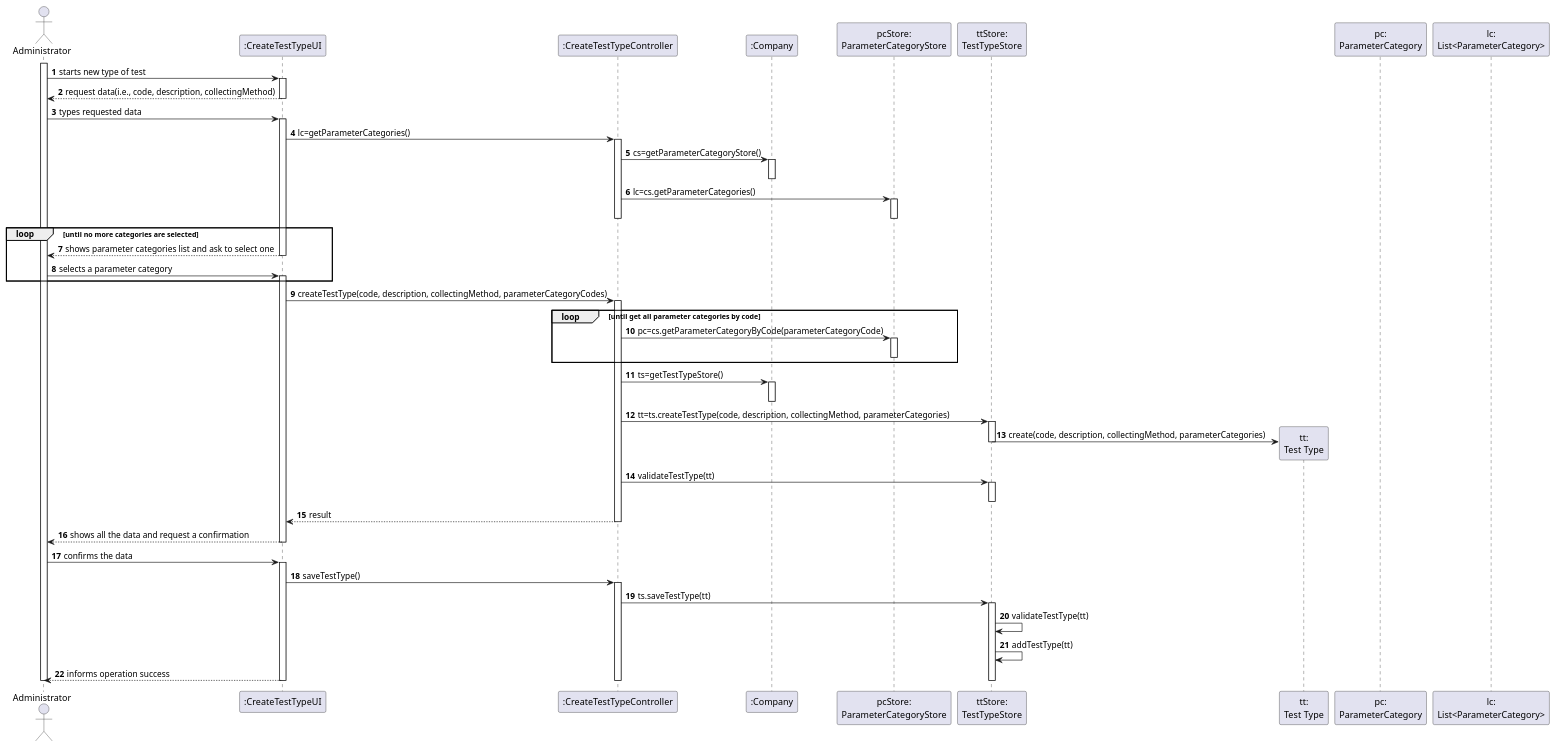
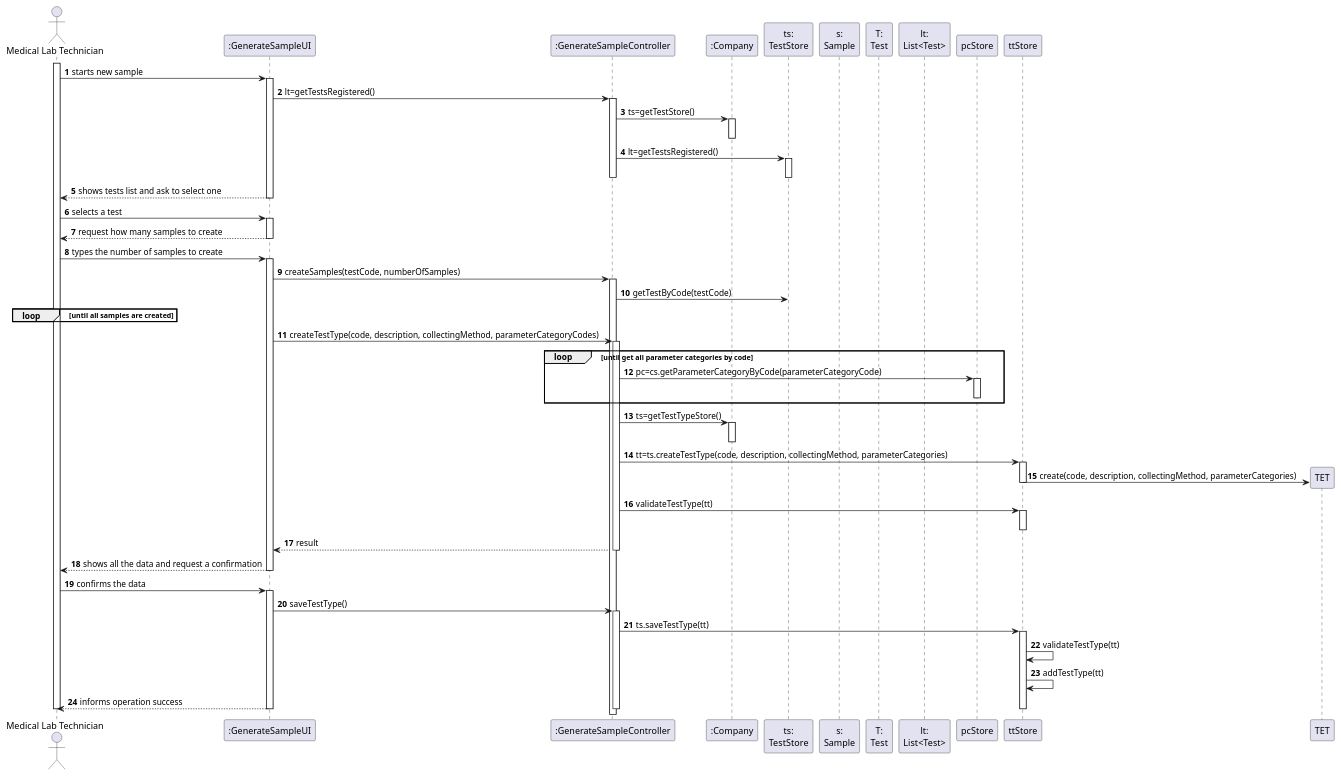
One commit to RuiRioPina/LAPR2-20-21 changed the diagram in docs/SprintC/US_5/UC5_SD.puml. Above: the diagram before and after it, drawn with PlantUML. The commit also changed 9 other files, not shown here.

```diff
--- a/docs/SprintC/US_5/UC5_SD.puml
+++ b/docs/SprintC/US_5/UC5_SD.puml
@@ -1,75 +1,78 @@
 @startuml
 autonumber
-actor "Administrator" as ADMIN
+actor "Medical Lab Technician" as MEDLT
 
-participant ":CreateTestTypeUI" as UI
-participant ":CreateTestTypeController" as CTRL
+participant ":GenerateSampleUI" as UI
+participant ":GenerateSampleController" as CTRL
 participant ":Company" as CMP
-participant "pcStore:\nParameterCategoryStore" as pcStore
-participant "ttStore:\nTestTypeStore" as ttStore
-participant "tt:\nTest Type" as TET
-participant "pc:\nParameterCategory" as pc
-participant "lc:\nList<ParameterCategory>" as lc
+participant "ts:\nTestStore" as TS
+participant "s:\nSample" as S
+participant "T:\nTest" as T
+participant "lt:\nList<Test>" as LT
 
-activate ADMIN
-ADMIN -> UI : starts new type of test
+activate MEDLT
+MEDLT -> UI : starts new sample
 activate UI
-UI --> ADMIN : request data(i.e., code, description, collectingMethod)
+UI -> CTRL : lt=getTestsRegistered()
+activate CTRL
+CTRL -> CMP : ts=getTestStore()
+activate CMP	
+deactivate CMP
+CTRL -> TS : lt=getTestsRegistered()
+activate TS
+deactivate TS
+deactivate CTRL
+UI --> MEDLT : shows tests list and ask to select one
 deactivate UI
 
-ADMIN -> UI : types requested data
+MEDLT -> UI : selects a test
 activate UI
-UI -> CTRL : lc=getParameterCategories()
+UI --> MEDLT : request how many samples to create
+deactivate UI
+
+MEDLT -> UI : types the number of samples to create
+activate UI
+UI -> CTRL : createSamples(testCode, numberOfSamples)
 activate CTRL
-CTRL -> CMP : cs=getParameterCategoryStore()
-activate CMP	
-deactivate CMP
-CTRL -> pcStore : lc=cs.getParameterCategories()
-activate pcStore
-deactivate pcStore
-deactivate CTRL
-loop until no more categories are selected
-	UI --> ADMIN : shows parameter categories list and ask to select one
-	deactivate UI
-	ADMIN -> UI : selects a parameter category
-	activate UI
+CTRL -> TS : getTestByCode(testCode)
+loop until all samples are created
 end
-UI -> CTRL: createTestType(code, description, collectingMethod, parameterCategoryCodes)
+UI -> CTRL : createTestType(code, description, collectingMethod, parameterCategoryCodes)
 activate CTRL
 loop until get all parameter categories by code
         CTRL -> pcStore : pc=cs.getParameterCategoryByCode(parameterCategoryCode)
         activate pcStore
         deactivate pcStore
 end
 CTRL -> CMP : ts=getTestTypeStore()
 activate CMP
 deactivate CMP
 CTRL -> ttStore: tt=ts.createTestType(code, description, collectingMethod, parameterCategories)
 activate ttStore
 ttStore -> TET** : create(code, description, collectingMethod, parameterCategories)
 deactivate ttStore
 CTRL -> ttStore : validateTestType(tt)
 activate ttStore
 deactivate ttStore
 CTRL -->  UI : result
 deactivate ttStore
 deactivate CMP
 deactivate CTRL
-UI --> ADMIN : shows all the data and request a confirmation
+UI --> MEDLT : shows all the data and request a confirmation
 deactivate UI
 
-ADMIN -> UI : confirms the data
+MEDLT -> UI : confirms the data
 activate UI
 UI -> CTRL : saveTestType()
 activate CTRL
 CTRL -> ttStore : ts.saveTestType(tt)
 activate ttStore
 ttStore -> ttStore : validateTestType(tt)
 ttStore -> ttStore : addTestType(tt)
-UI --> ADMIN : informs operation success
+UI --> MEDLT : informs operation success
 deactivate ttStore
 deactivate CTRL
 deactivate UI
 
-deactivate ADMIN
+deactivate MEDLT
 @enduml
```
